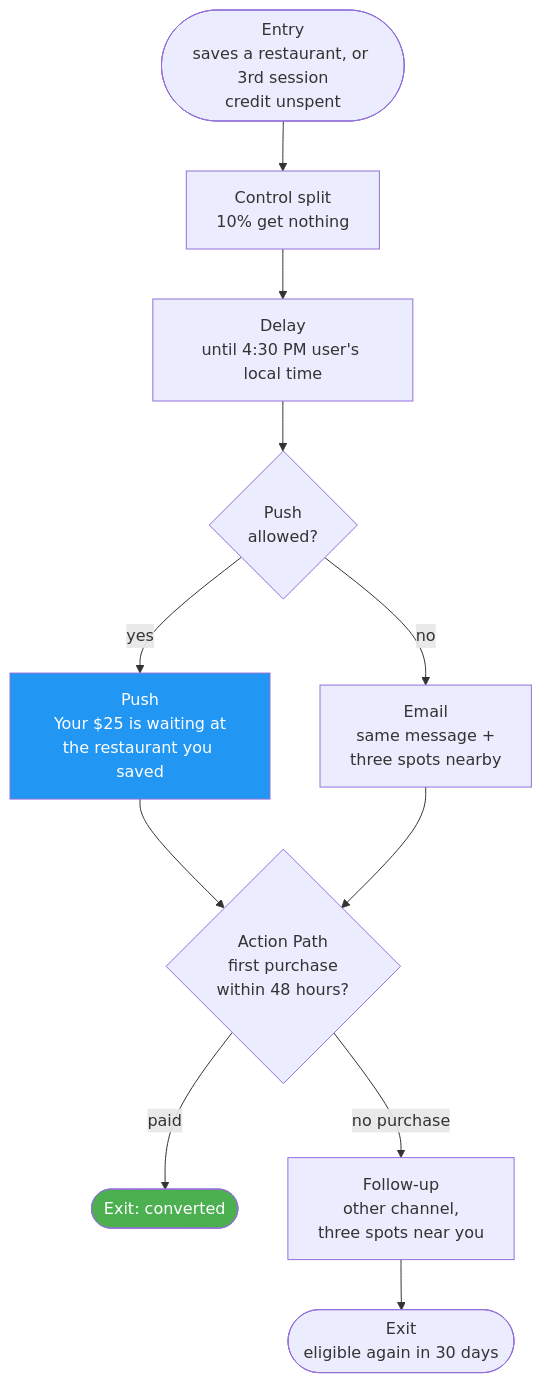
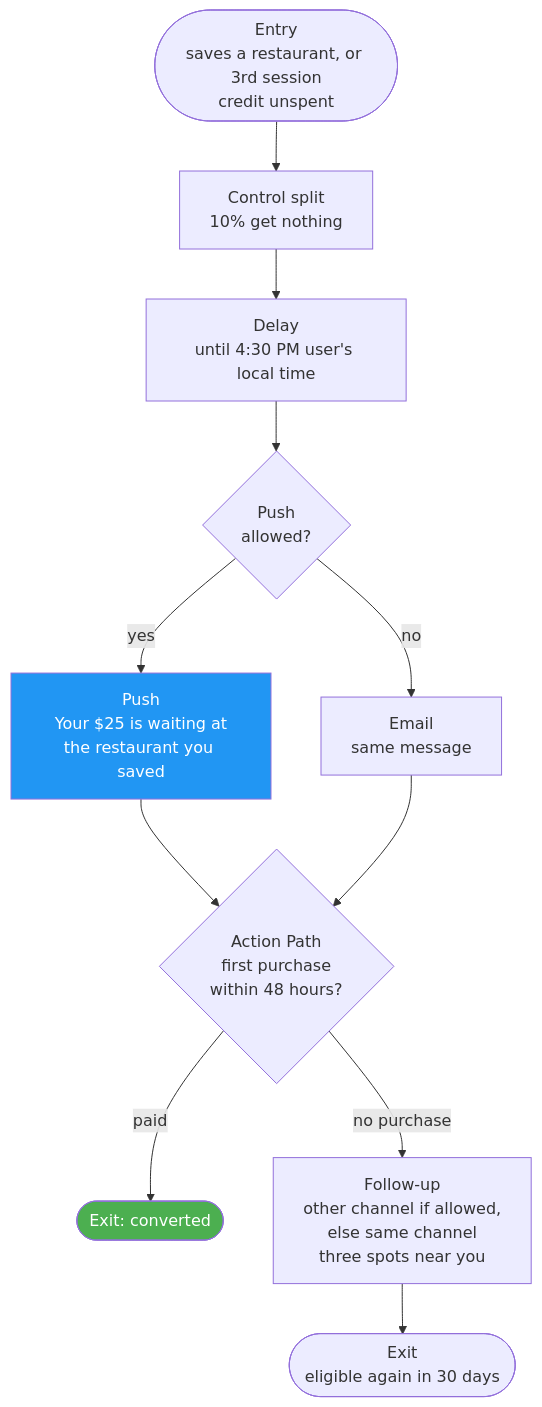
One commit to arndvs/inkind-first-credit-journey changed the diagram in 02-journey.md. Above: the diagram before and after it, drawn with Mermaid. The commit also changed other lines of this file and 4 other files, not shown here.

First line of the commit message:
Revise README story and fix follow-up channel, email box, backfill step

````diff
--- a/02-journey.md
+++ b/02-journey.md
@@ -42,16 +42,16 @@
 ```mermaid
 flowchart TD
     A(["Entry<br/>saves a restaurant, or 3rd session<br/>credit unspent"]) --> B["Control split<br/>10% get nothing"]
     B --> C["Delay<br/>until 4:30 PM user's local time"]
     C --> D{"Push<br/>allowed?"}
     D -->|"yes"| E["Push<br/>Your $25 is waiting at<br/>the restaurant you saved"]
-    D -->|"no"| F["Email<br/>same message +<br/>three spots nearby"]
+    D -->|"no"| F["Email<br/>same message"]
     E --> G{"Action Path<br/>first purchase<br/>within 48 hours?"}
     F --> G
     G -->|"paid"| H(["Exit: converted"])
-    G -->|"no purchase"| I["Follow-up<br/>other channel,<br/>three spots near you"]
+    G -->|"no purchase"| I["Follow-up<br/>other channel if allowed,<br/>else same channel<br/>three spots near you"]
     I --> J(["Exit<br/>eligible again in 30 days"])
 
     style E fill:#2196f3,color:#fff
     style H fill:#4caf50,color:#fff
 ```
````
